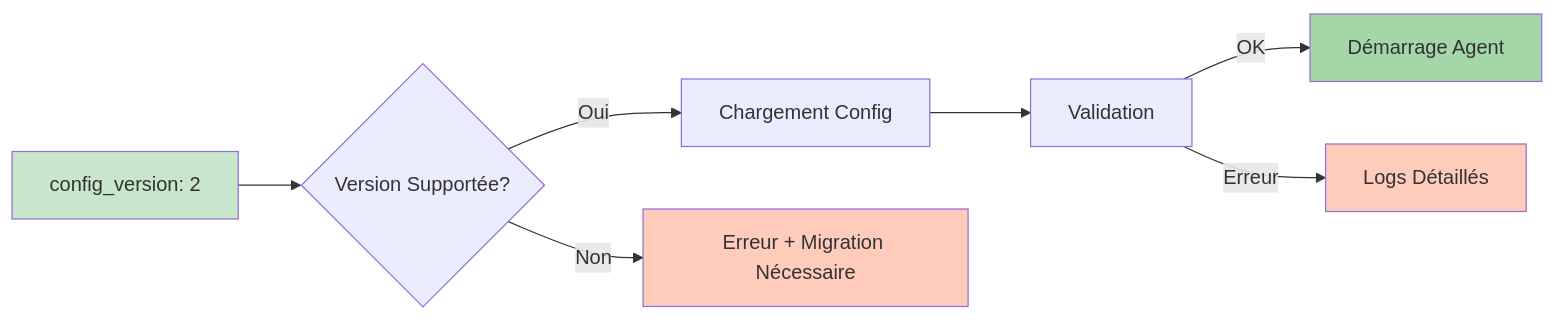
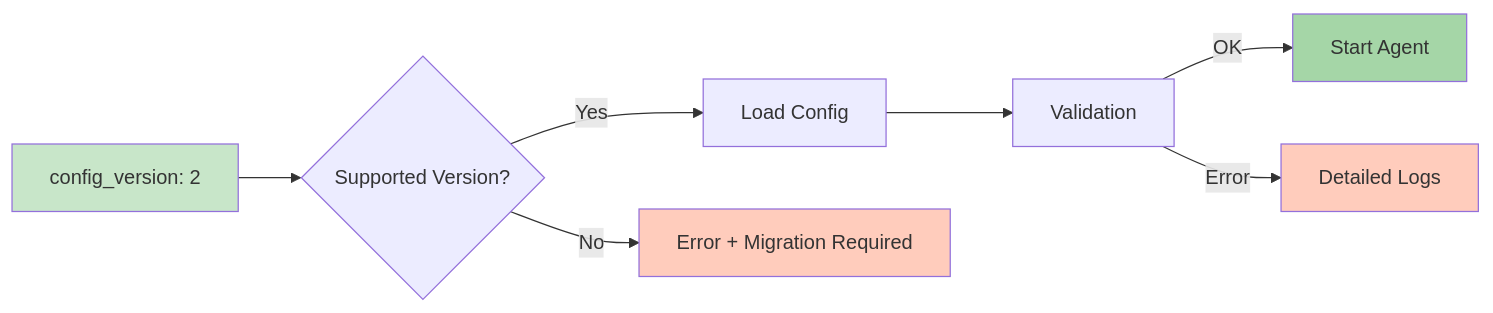
The first of 5 diagrams in docs/user-guide/AGENT-CONFIGURATION.md (senhub-io/senhub-agent), drawn with Mermaid before and after one commit. The commit also changed other lines of this file and 3 other files, not shown here.

````diff
--- a/docs/user-guide/AGENT-CONFIGURATION.md
+++ b/docs/user-guide/AGENT-CONFIGURATION.md
@@ -51,15 +51,15 @@
 ```mermaid
 graph LR
-    A[config_version: 2] --> B{Version Supportée?}
-    B -->|Oui| C[Chargement Config]
-    B -->|Non| D[Erreur + Migration Nécessaire]
+    A[config_version: 2] --> B{Supported Version?}
+    B -->|Yes| C[Load Config]
+    B -->|No| D[Error + Migration Required]
 
     C --> E[Validation]
-    E -->|OK| F[Démarrage Agent]
-    E -->|Erreur| G[Logs Détaillés]
+    E -->|OK| F[Start Agent]
+    E -->|Error| G[Detailed Logs]
 
     style A fill:#c8e6c9
     style F fill:#a5d6a7
     style D fill:#ffccbc
     style G fill:#ffccbc
 ```
````
